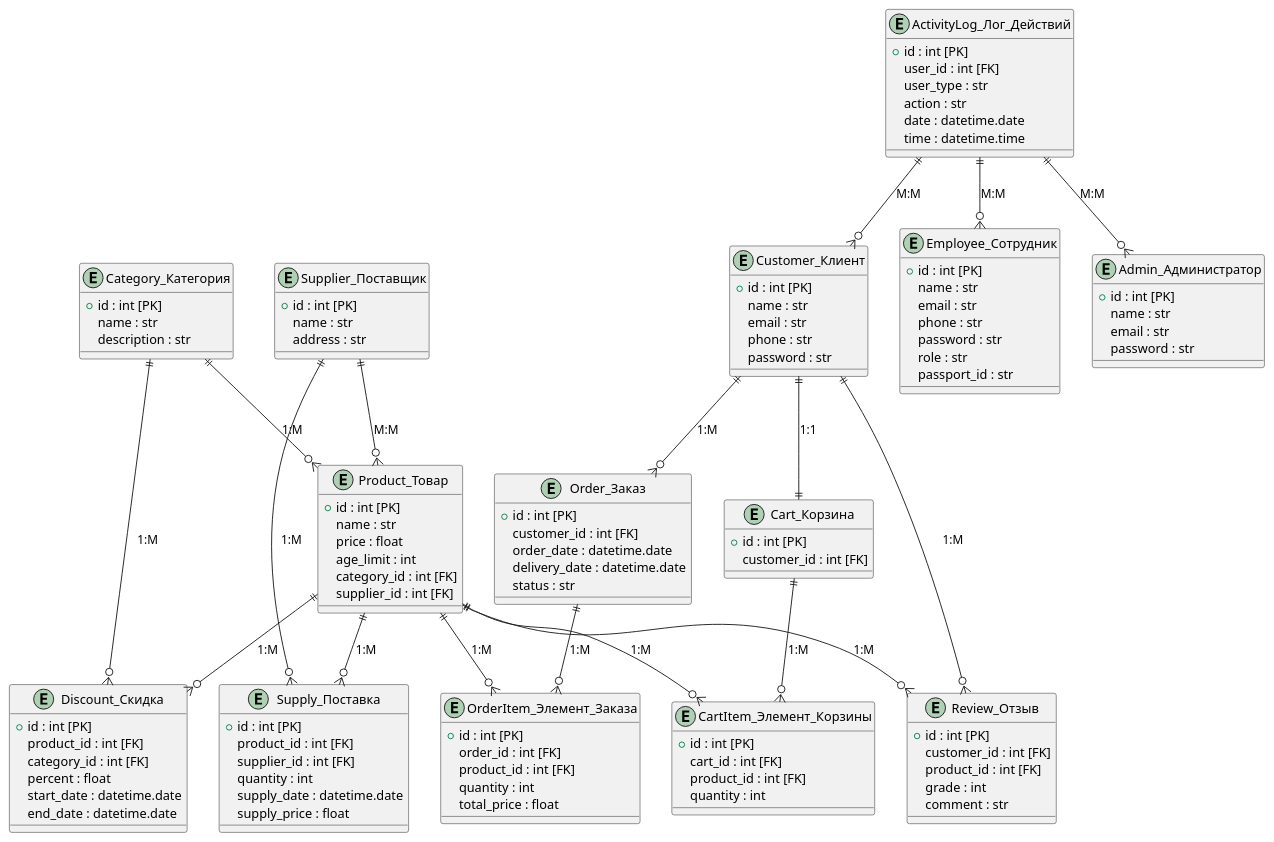
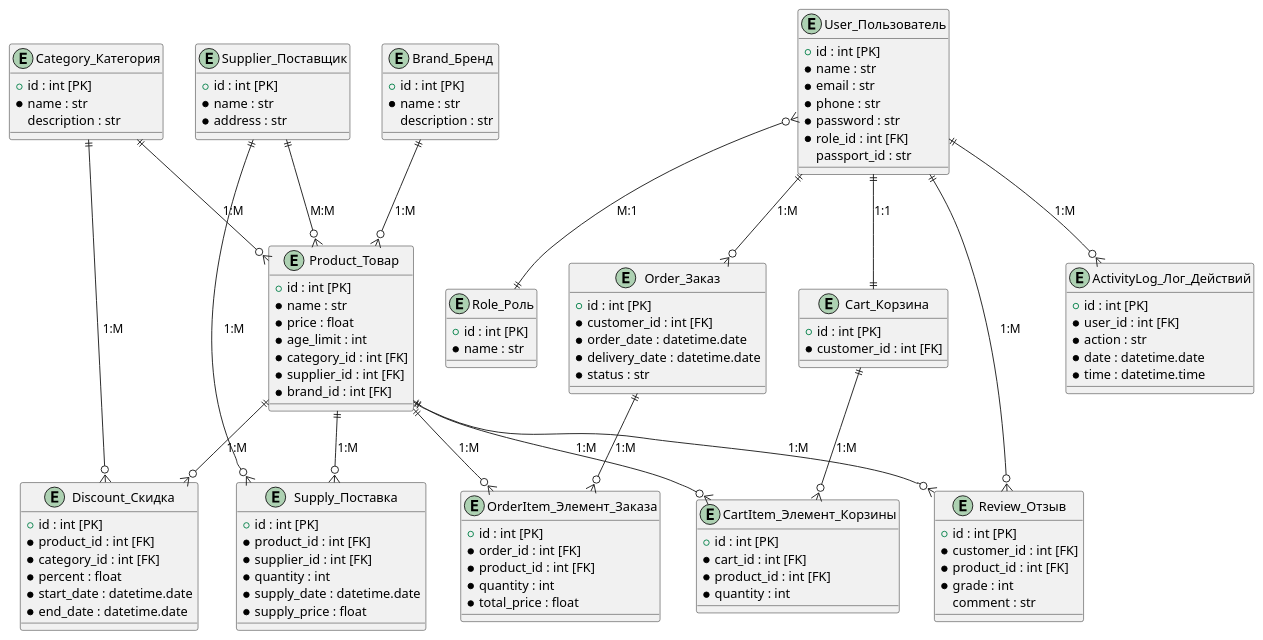
Before and after one commit to nastyakashko1509/LegoStore_LabsDB: the diagram in DatabaseSchemas/unnormalized_schema.puml, drawn with PlantUML. The commit also changed 1 other file, not shown here.

Commit message:
Changes in the unnormalized_schema

```diff
--- a/DatabaseSchemas/unnormalized_schema.puml
+++ b/DatabaseSchemas/unnormalized_schema.puml
@@ -1,135 +1,132 @@
-@startuml normalized_schema_er
+@startuml unnormalized_schema
 
 entity Category_Категория {
     +id : int [PK]
-    name : str
+    *name : str
+    description : str
+}
+
+entity Brand_Бренд {
+    +id : int [PK]
+    *name : str
     description : str
 }
 
 entity Product_Товар {
     +id : int [PK]
-    name : str
-    price : float
-    age_limit : int
-    category_id : int [FK]
-    supplier_id : int [FK]
+    *name : str
+    *price : float
+    *age_limit : int
+    *category_id : int [FK]
+    *supplier_id : int [FK]
+    *brand_id : int [FK]
 }
 
 entity Supplier_Поставщик {
     +id : int [PK]
-    name : str
-    address : str
+    *name : str
+    *address : str
 }
 
 entity Discount_Скидка {
     +id : int [PK]
-    product_id : int [FK]
-    category_id : int [FK]
-    percent : float
-    start_date : datetime.date
-    end_date : datetime.date
+    *product_id : int [FK]
+    *category_id : int [FK]
+    *percent : float
+    *start_date : datetime.date
+    *end_date : datetime.date
 }
 
 entity Supply_Поставка {
     +id : int [PK]
-    product_id : int [FK]
-    supplier_id : int [FK]
-    quantity : int
-    supply_date : datetime.date
-    supply_price : float
+    *product_id : int [FK]
+    *supplier_id : int [FK]
+    *quantity : int
+    *supply_date : datetime.date
+    *supply_price : float
 }
 
-entity Customer_Клиент {
+entity Role_Роль {
     +id : int [PK]
-    name : str
-    email : str
-    phone : str
-    password : str
+    *name : str
+}
+
+entity User_Пользователь {
+    +id : int [PK]
+    *name : str
+    *email : str
+    *phone : str
+    *password : str
+    *role_id : int [FK]
+    passport_id : str
 }
 
 entity Order_Заказ {
     +id : int [PK]
-    customer_id : int [FK]
-    order_date : datetime.date
-    delivery_date : datetime.date
-    status : str
+    *customer_id : int [FK]
+    *order_date : datetime.date
+    *delivery_date : datetime.date
+    *status : str
 }
 
 entity OrderItem_Элемент_Заказа {
     +id : int [PK]
-    order_id : int [FK]
-    product_id : int [FK]
-    quantity : int
-    total_price : float
+    *order_id : int [FK]
+    *product_id : int [FK]
+    *quantity : int
+    *total_price : float
 }
 
 entity Cart_Корзина {
     +id : int [PK]
-    customer_id : int [FK]
+    *customer_id : int [FK]
 }
 
 entity CartItem_Элемент_Корзины {
     +id : int [PK]
-    cart_id : int [FK]
-    product_id : int [FK]
-    quantity : int
+    *cart_id : int [FK]
+    *product_id : int [FK]
+    *quantity : int
 }
 
 entity Review_Отзыв {
     +id : int [PK]
-    customer_id : int [FK]
-    product_id : int [FK]
-    grade : int
+    *customer_id : int [FK]
+    *product_id : int [FK]
+    *grade : int
     comment : str
-}
-
-entity Employee_Сотрудник {
-    +id : int [PK]
-    name : str
-    email : str
-    phone : str
-    password : str
-    role : str
-    passport_id : str
-}
-
-entity Admin_Администратор {
-    +id : int [PK]
-    name : str
-    email : str
-    password : str
 }
 
 entity ActivityLog_Лог_Действий {
     +id : int [PK]
-    user_id : int [FK]
-    user_type : str
-    action : str
-    date : datetime.date
-    time : datetime.time
+    *user_id : int [FK]
+    *action : str
+    *date : datetime.date
+    *time : datetime.time
 }
 
 Category_Категория ||--o{ Product_Товар : "1:M"
-Supplier_Поставщик ||--o{ Product_Товар : "M:M"
+Brand_Бренд ||--o{ Product_Товар : "1:M"
 Product_Товар ||--o{ Supply_Поставка : "1:M"
 Supplier_Поставщик ||--o{ Supply_Поставка : "1:M"
 
 Product_Товар ||--o{ Discount_Скидка : "1:M"
 Category_Категория ||--o{ Discount_Скидка : "1:M"
 
-Customer_Клиент ||--o{ Order_Заказ : "1:M"
+User_Пользователь ||--o{ Order_Заказ : "1:M"
 Order_Заказ ||--o{ OrderItem_Элемент_Заказа : "1:M"
 Product_Товар ||--o{ OrderItem_Элемент_Заказа : "1:M"
 
-Customer_Клиент ||--|| Cart_Корзина : "1:1"
+User_Пользователь ||--|| Cart_Корзина : "1:1"
 Cart_Корзина ||--o{ CartItem_Элемент_Корзины : "1:M"
 Product_Товар ||--o{ CartItem_Элемент_Корзины : "1:M"
 
-Customer_Клиент ||--o{ Review_Отзыв : "1:M"
+User_Пользователь ||--o{ Review_Отзыв : "1:M"
 Product_Товар ||--o{ Review_Отзыв : "1:M"
 
-ActivityLog_Лог_Действий ||--o{ Customer_Клиент : "M:M"
-ActivityLog_Лог_Действий ||--o{ Employee_Сотрудник : "M:M"
-ActivityLog_Лог_Действий ||--o{ Admin_Администратор : "M:M"
+User_Пользователь ||--o{ ActivityLog_Лог_Действий : "1:M"
+User_Пользователь }o--|| Role_Роль : "M:1"
+
+Supplier_Поставщик ||--o{ Product_Товар : "M:M"
 
 @enduml
```
